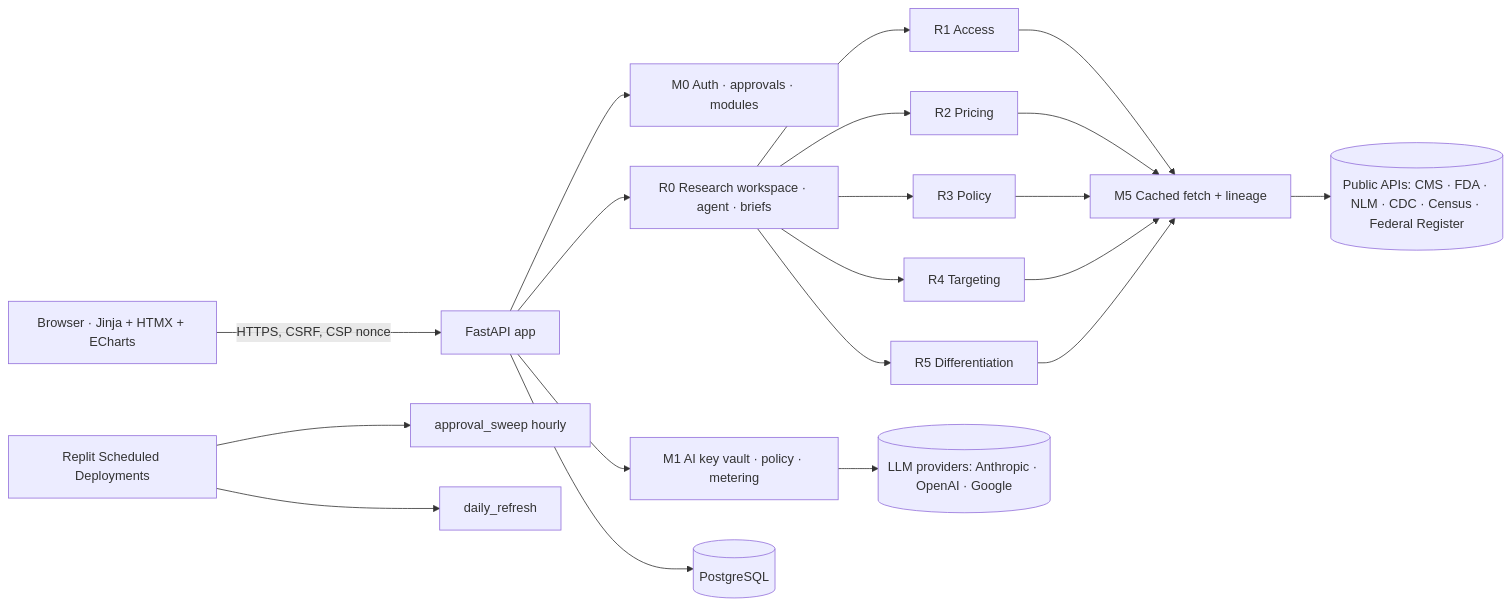
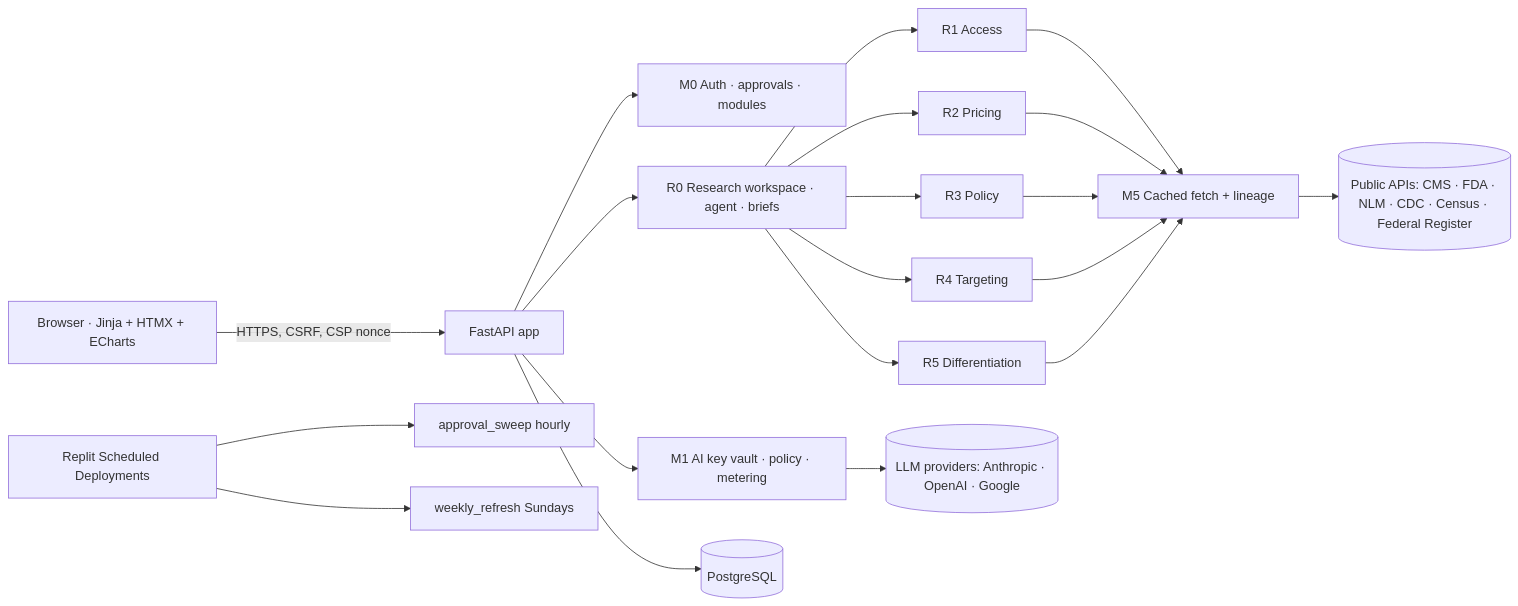
The diagram in README.md (vpathisseril/launchlens), drawn with Mermaid before and after one commit. The commit also changed other lines of this file and 8 other files, not shown here.

First line of the commit message:
feat(m5): weekly refresh of all public data sources with freshness tracking

````diff
--- a/README.md
+++ b/README.md
@@ -49,13 +49,13 @@
 ```mermaid
 flowchart LR
   U[Browser · Jinja + HTMX + ECharts] -->|HTTPS, CSRF, CSP nonce| A[FastAPI app]
   A --> M0[M0 Auth · approvals · modules]
   A --> M1[M1 AI key vault · policy · metering]
   A --> R0[R0 Research workspace · agent · briefs]
   R0 --> H1[R1 Access] & H2[R2 Pricing] & H3[R3 Policy] & H4[R4 Targeting] & H5[R5 Differentiation]
   H1 & H2 & H3 & H4 & H5 --> D[M5 Cached fetch + lineage]
   D --> P[(Public APIs: CMS · FDA · NLM · CDC · Census · Federal Register)]
   A --> DB[(PostgreSQL)]
   M1 --> L[(LLM providers: Anthropic · OpenAI · Google)]
-  S[Replit Scheduled Deployments] --> J1[approval_sweep hourly] & J2[daily_refresh]
+  S[Replit Scheduled Deployments] --> J1[approval_sweep hourly] & J2[weekly_refresh Sundays]
 ```
````
